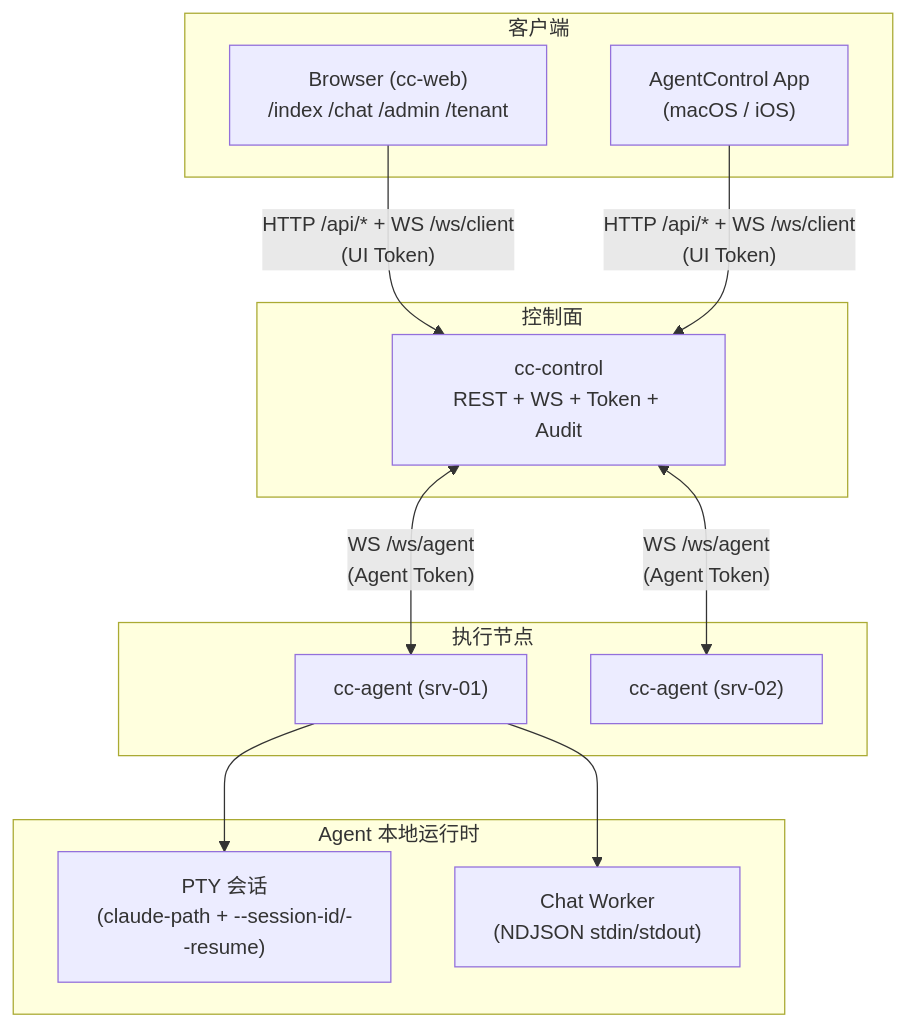
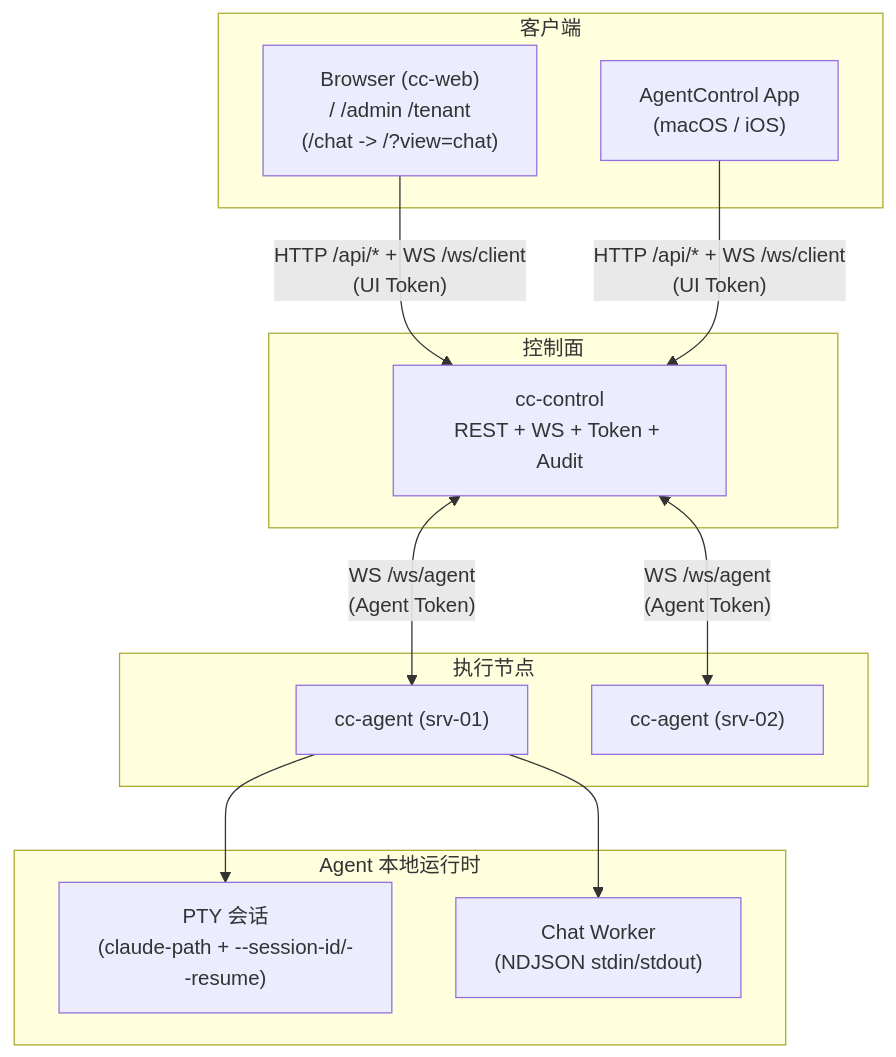
The first of 5 diagrams in docs/architecture.md (xuzhougeng/agent-control), drawn with Mermaid before and after one commit. The commit also changed other lines of this file and 14 other files, not shown here.

````diff
--- a/docs/architecture.md
+++ b/docs/architecture.md
@@ -7,28 +7,28 @@
 ```mermaid
 flowchart TB
     subgraph Clients["客户端"]
-        Browser["Browser (cc-web)\n/index /chat /admin /tenant"]
+        Browser["Browser (cc-web)\n/ /admin /tenant\n(/chat -> /?view=chat)"]
         App["AgentControl App\n(macOS / iOS)"]
     end
 
     subgraph Control["控制面"]
         CC["cc-control\nREST + WS + Token + Audit"]
     end
 
     subgraph Nodes["执行节点"]
         A1["cc-agent (srv-01)"]
         A2["cc-agent (srv-02)"]
     end
 
     subgraph Runtime["Agent 本地运行时"]
         PTY["PTY 会话\n(claude-path + --session-id/--resume)"]
         CHAT["Chat Worker\n(NDJSON stdin/stdout)"]
     end
 
     Browser -->|"HTTP /api/* + WS /ws/client\n(UI Token)"| CC
     App -->|"HTTP /api/* + WS /ws/client\n(UI Token)"| CC
     CC <-->|"WS /ws/agent\n(Agent Token)"| A1
     CC <-->|"WS /ws/agent\n(Agent Token)"| A2
     A1 --> PTY
     A1 --> CHAT
 ```
````
